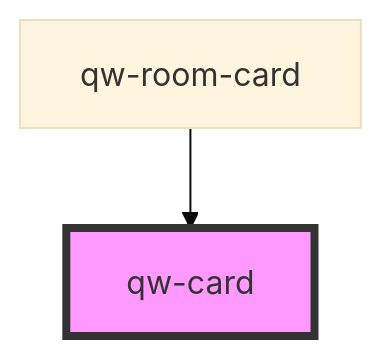
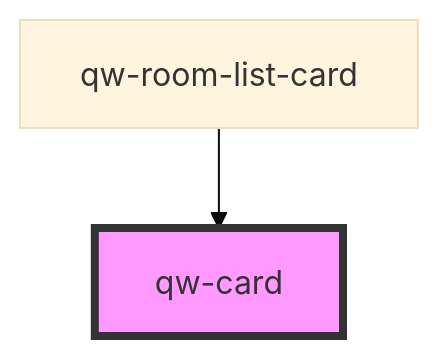
One commit to qwentes-team/qw-hotels changed the diagram in src/components/shared/qw-card/readme.md. Above: the diagram before and after it, drawn with Mermaid (base theme). The commit also changed other lines of this file and 16 other files, not shown here.

````diff
--- a/src/components/shared/qw-card/readme.md
+++ b/src/components/shared/qw-card/readme.md
@@ -15,5 +15,5 @@
 ```mermaid
 graph TD;
-  qw-room-card --> qw-card
+  qw-room-list-card --> qw-card
   style qw-card fill:#f9f,stroke:#333,stroke-width:4px
 ```
````
